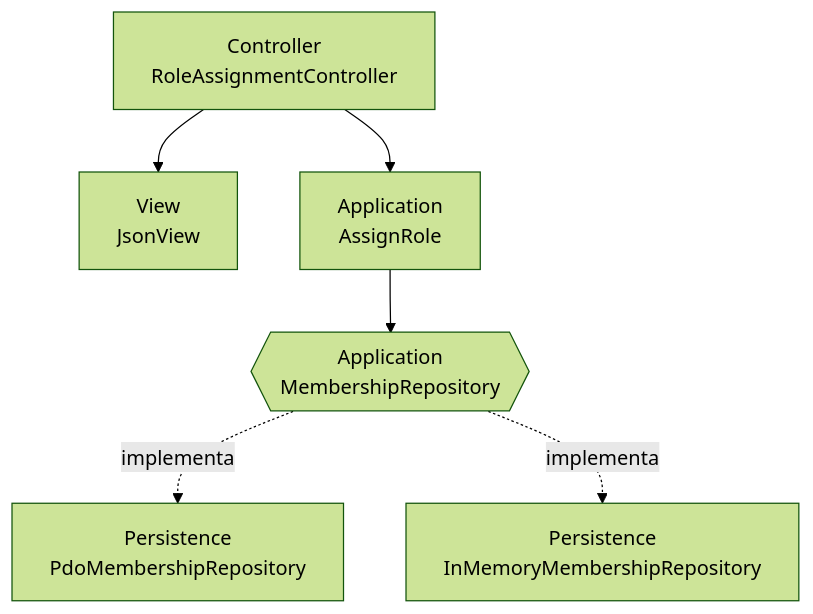
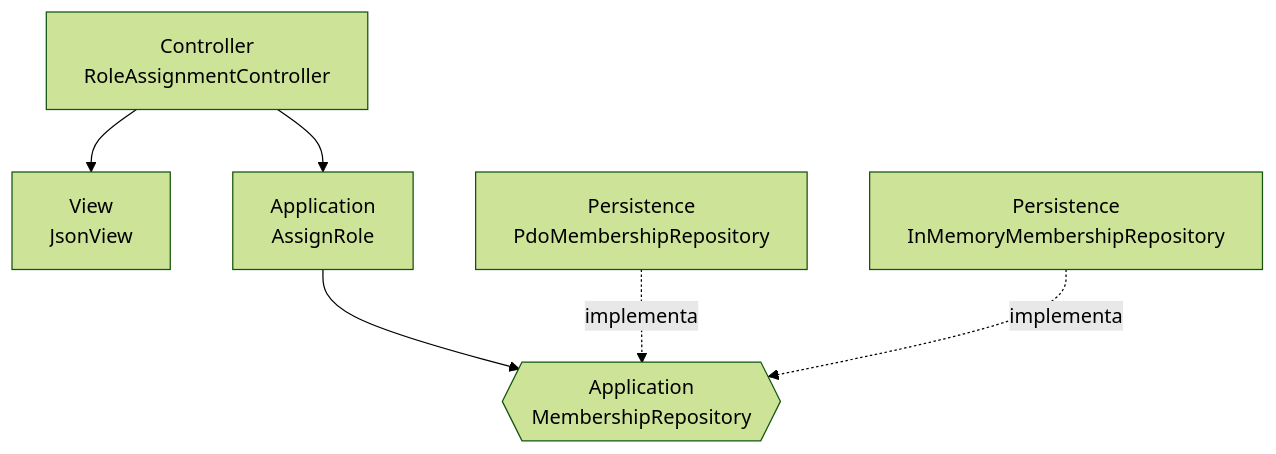
One commit to AxelHerrera11/sistema-hospitalario-integrado changed the second of 2 diagrams in docs/rbac/semana-04/README.md. Above: the diagram before and after it, drawn with Mermaid (forest theme). The commit also changed other lines of this file, not shown here.

First line of the commit message:
docs(semana-4): corregir direccion de flechas en los diagramas Mermaid

````diff
--- a/docs/rbac/semana-04/README.md
+++ b/docs/rbac/semana-04/README.md
@@ -36,8 +36,8 @@
 ```mermaid
 flowchart TB
   C[Controller<br>RoleAssignmentController] --> V[View<br>JsonView]
   C --> UC[Application<br>AssignRole]
   UC --> P{{Application<br>MembershipRepository}}
-  P -.implementa.-> PDO[Persistence<br>PdoMembershipRepository]
-  P -.implementa.-> MEM[Persistence<br>InMemoryMembershipRepository]
+  PDO[Persistence<br>PdoMembershipRepository] -.implementa.-> P
+  MEM[Persistence<br>InMemoryMembershipRepository] -.implementa.-> P
 ```
````
